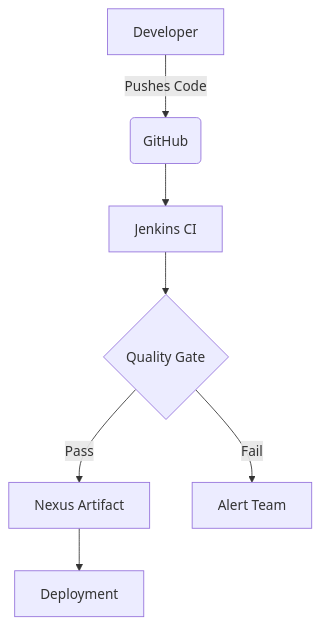
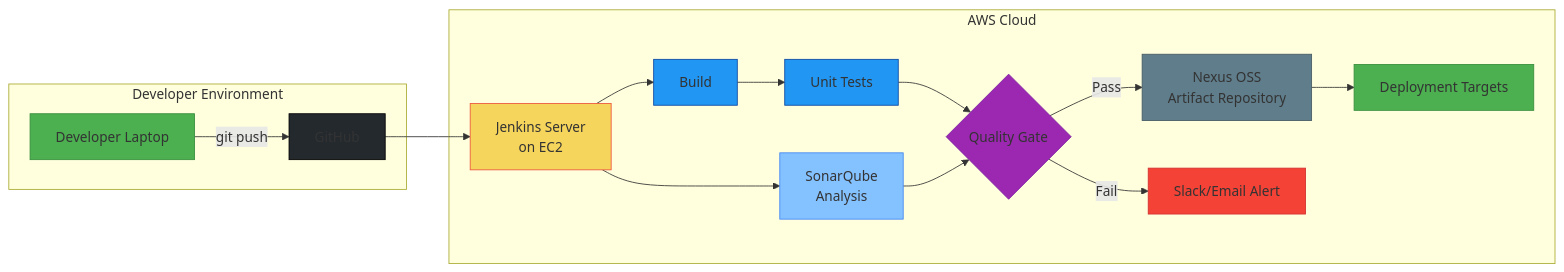
One commit to Ahmedlekan/jenkins-nexus-sonarqube-ci changed the diagram in README.md. Above: the diagram before and after it, drawn with Mermaid.

````diff
--- a/README.md
+++ b/README.md
@@ -7,9 +7,30 @@
 ```mermaid
-graph TD
-    A[Developer] -->|Pushes Code| B(GitHub)
-    B --> C[Jenkins CI]
-    C --> D{Quality Gate}
-    D -->|Pass| E[Nexus Artifact]
-    D -->|Fail| F[Alert Team]
-    E --> G[Deployment]
+graph LR
+    subgraph Developer Environment
+        A[Developer Laptop] -->|git push| B[GitHub]
+    end
+
+    subgraph AWS Cloud
+        B --> C[Jenkins Server\non EC2]
+        C --> D[Build]
+        D --> E[Unit Tests]
+        E --> F{Quality Gate}
+        F -->|Pass| G[Nexus OSS\nArtifact Repository]
+        F -->|Fail| H[Slack/Email Alert]
+        G --> I[Deployment Targets]
+        
+        C --> J[SonarQube\nAnalysis]
+        J --> F
+    end
+
+    style A fill:#4CAF50,stroke:#388E3C
+    style B fill:#24292e,stroke:#000000
+    style C fill:#F6D55C,stroke:#ED553B
+    style D fill:#2196F3,stroke:#0D47A1
+    style E fill:#2196F3,stroke:#0D47A1
+    style F fill:#9C27B0,stroke:#7B1FA2
+    style G fill:#607D8B,stroke:#455A64
+    style H fill:#F44336,stroke:#D32F2F
+    style I fill:#4CAF50,stroke:#388E3C
+    style J fill:#84C1FF,stroke:#4285F4
 ```
````
